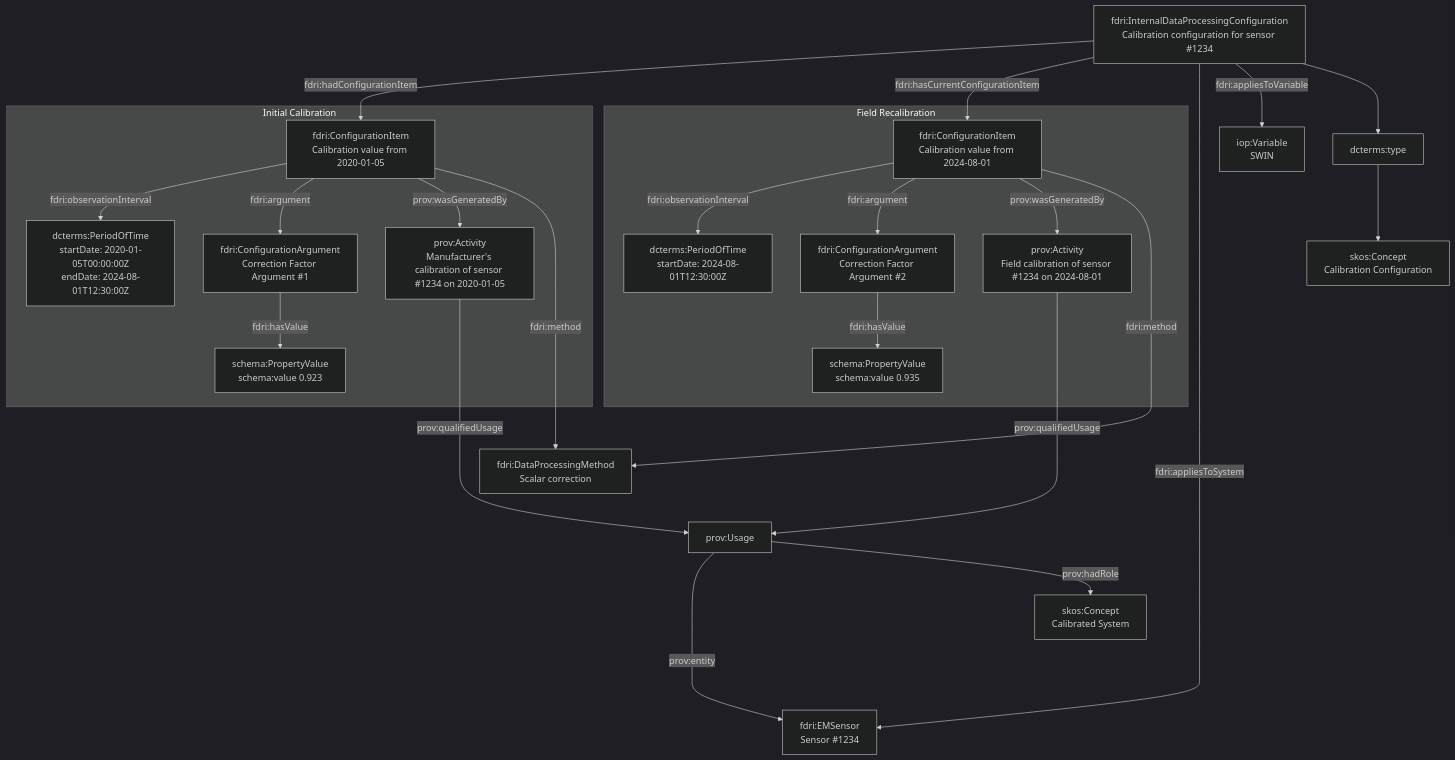
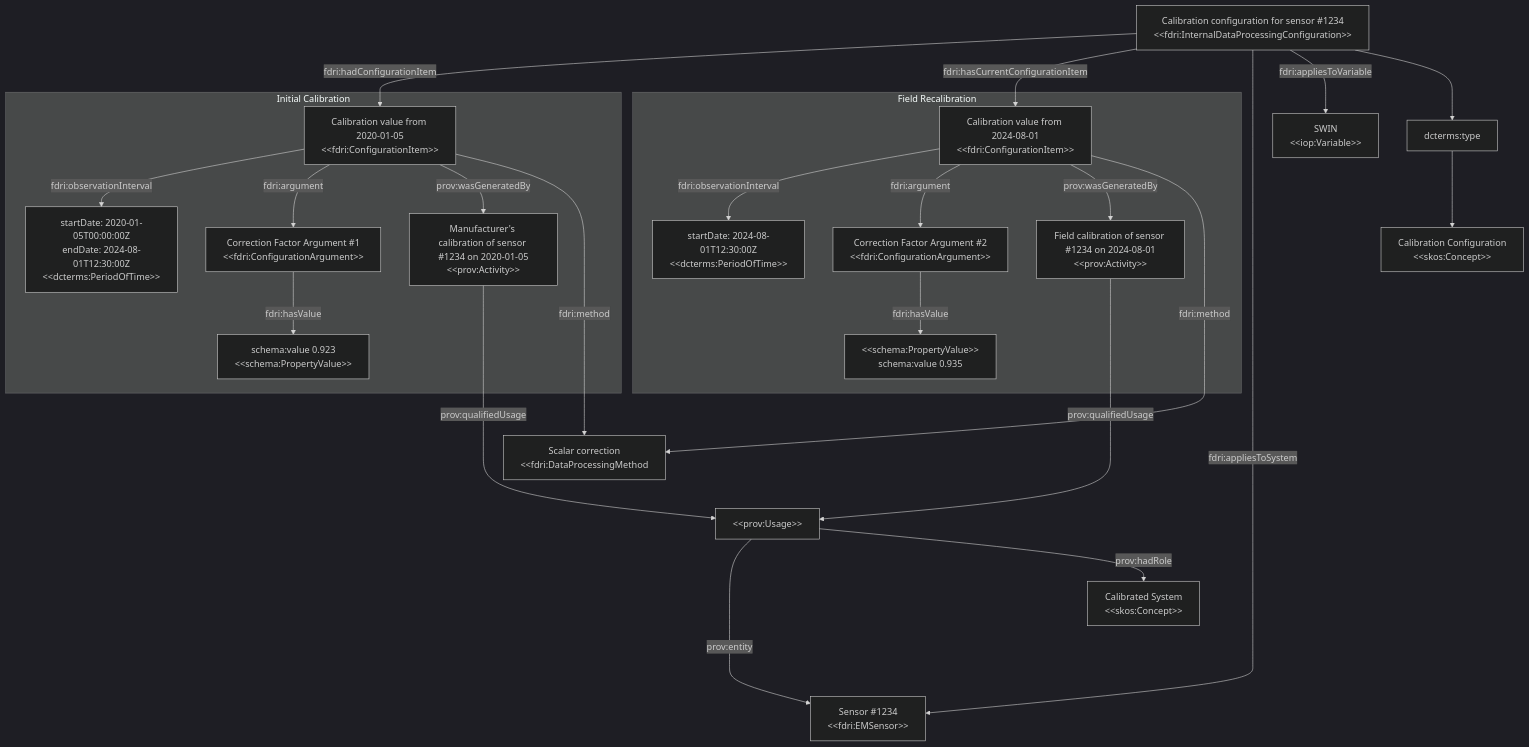
Before and after one commit to NERC-CEH/fdri-ontology: the ninth of 9 diagrams in doc/sensor-system.md, drawn with Mermaid (dark theme). The commit also changed other lines of this file and 1 other file, not shown here.

Commit message:
Update example diagrams with consistent representation of resource types

````diff
--- a/doc/sensor-system.md
+++ b/doc/sensor-system.md
@@ -267,60 +276,60 @@
 ```mermaid
 flowchart
-sensor["`fdri:EMSensor
-Sensor #1234`"]
-variable["`iop:Variable
-SWIN`"]
-type["`skos:Concept
-Calibration Configuration`"]
-calibconfig["`fdri:InternalDataProcessingConfiguration
-Calibration configuration for sensor #1234`"]
-sensorUsage["`prov:Usage`"]
+sensor["`Sensor #1234
+&lt;&lt;fdri:EMSensor>>`"]
+variable["`SWIN
+&lt;&lt;iop:Variable>>`"]
+type["`Calibration Configuration
+&lt;&lt;skos:Concept>>`"]
+calibconfig["`Calibration configuration for sensor #1234
+&lt;&lt;fdri:InternalDataProcessingConfiguration>>`"]
+sensorUsage["`&lt;&lt;prov:Usage>>`"]
 subgraph "Initial Calibration"
-  calib1["`prov:Activity
-    Manufacturer's calibration of sensor #1234 on 2020-01-05`"]
-  calibconfig1["`fdri:ConfigurationItem
-  Calibration value from 2020-01-05`"]
-  calib1interval["`dcterms:PeriodOfTime
-  startDate: 2020-01-05T00:00:00Z
-  endDate: 2024-08-01T12:30:00Z`"]
+  calib1["`Manufacturer's calibration of sensor #1234 on 2020-01-05
+  &lt;&lt;prov:Activity>>`"]
+  calibconfig1["`Calibration value from 2020-01-05
+  &lt;&lt;fdri:ConfigurationItem>>`"]
+  calib1interval["`startDate: 2020-01-05T00:00:00Z
+  endDate: 2024-08-01T12:30:00Z
+  &lt;&lt;dcterms:PeriodOfTime>>`"]
   calibconfig1 -- fdri:observationInterval --> calib1interval
   calibconfig1 -- fdri:argument --> calibarg1
-  calibarg1["`fdri:ConfigurationArgument
-  Correction Factor Argument #1`"]
-  calibval1["`schema:PropertyValue
-  schema:value 0.923`"]
+  calibarg1["`Correction Factor Argument #1
+  &lt;&lt;fdri:ConfigurationArgument>>`"]
+  calibval1["`schema:value 0.923
+  &lt;&lt;schema:PropertyValue>>`"]
   calibarg1 -- fdri:hasValue --> calibval1
 end
 subgraph "Field Recalibration"
-calib2["`prov:Activity
-  Field calibration of sensor #1234 on 2024-08-01`"]
-  calibconfig2["`fdri:ConfigurationItem
-  Calibration value from 2024-08-01`"]
-  calib2interval["`dcterms:PeriodOfTime
-  startDate: 2024-08-01T12:30:00Z`"]
+calib2["`Field calibration of sensor #1234 on 2024-08-01
+&lt;&lt;prov:Activity>>`"]
+  calibconfig2["`Calibration value from 2024-08-01
+  &lt;&lt;fdri:ConfigurationItem>>`"]
+  calib2interval["`startDate: 2024-08-01T12:30:00Z
+  &lt;&lt;dcterms:PeriodOfTime>>`"]
   calibconfig2 -- fdri:observationInterval --> calib2interval
-  calibarg2["`fdri:ConfigurationArgument
-  Correction Factor Argument #2`"]
+  calibarg2["`Correction Factor Argument #2
+  &lt;&lt;fdri:ConfigurationArgument>>`"]
   calibconfig2 -- fdri:argument --> calibarg2
-  calibval2["`schema:PropertyValue
+  calibval2["`&lt;&lt;schema:PropertyValue>>
   schema:value 0.935`"]
   calibarg2 -- fdri:hasValue --> calibval2
 end
 calibconfig -- fdri:hadConfigurationItem --> calibconfig1
 calibconfig -- fdri:hasCurrentConfigurationItem --> calibconfig2
 calibconfig -- fdri:appliesToSystem --> sensor
 calibconfig -- fdri:appliesToVariable --> variable
 calibconfig --> dcterms:type --> type
 calib1 -- prov:qualifiedUsage ----> sensorUsage
 calib2 -- prov:qualifiedUsage ----> sensorUsage
 calibconfig1 -- prov:wasGeneratedBy --> calib1
 calibconfig2 -- prov:wasGeneratedBy --> calib2
-scalar["`fdri:DataProcessingMethod
-Scalar correction`"]
-sensorRole["`skos:Concept
-Calibrated System`"]
+scalar["`Scalar correction
+&lt;&lt;fdri:DataProcessingMethod`"]
+sensorRole["`Calibrated System
+&lt;&lt;skos:Concept>>`"]
 calibconfig1 -- fdri:method ----> scalar
 calibconfig2 -- fdri:method ----> scalar
 sensorUsage -- prov:entity ----> sensor
 sensorUsage -- prov:hadRole --> sensorRole
 ```
````
